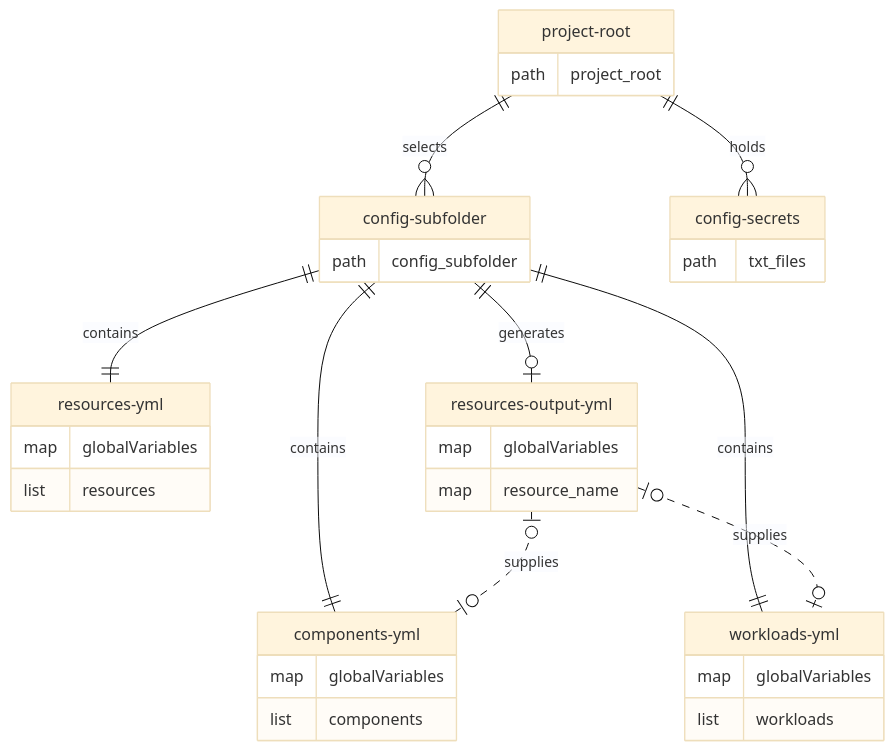
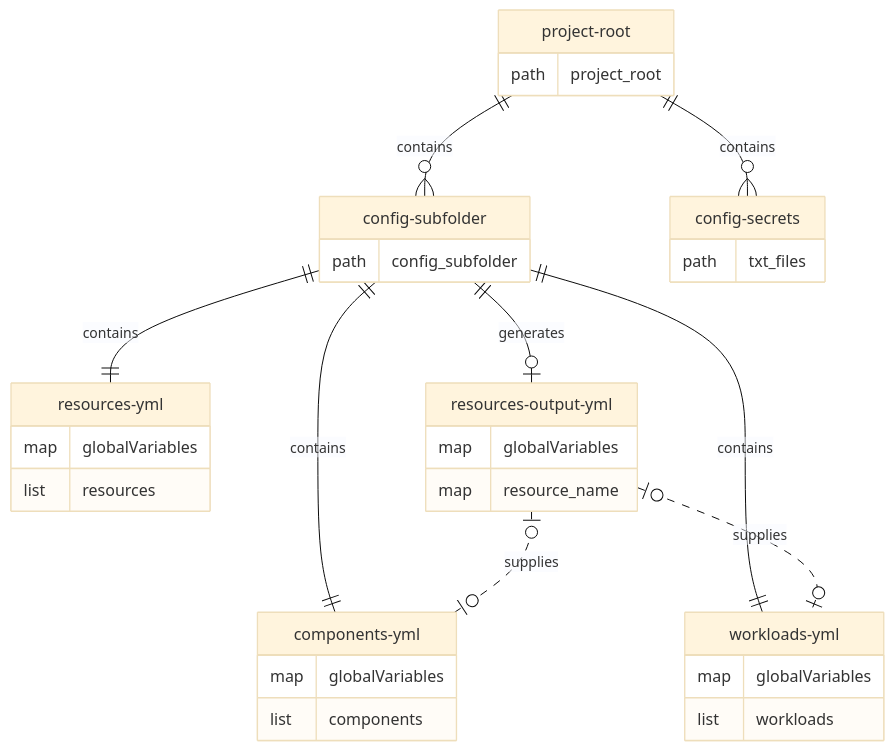
Before and after one commit to alissonsol/yuruna: the first of 3 diagrams in docs/design/05-data-model.md, drawn with Mermaid (base theme). The commit also changed other lines of this file and 1371 other files, not shown here.

````diff
--- a/docs/design/05-data-model.md
+++ b/docs/design/05-data-model.md
@@ -11,37 +11,37 @@
 ```mermaid
 erDiagram
-    project-root ||--o{ config-subfolder : selects
+    project-root ||--o{ config-subfolder : contains
     config-subfolder ||--|| resources-yml : contains
     config-subfolder ||--|| components-yml : contains
     config-subfolder ||--|| workloads-yml : contains
     config-subfolder ||--o| resources-output-yml : generates
-    %% optional: secret folders need not exist.
-    project-root ||--o{ config-secrets : holds
+    %% optional: neither secret directory is required to exist.
+    project-root ||--o{ config-secrets : contains
     resources-output-yml |o..o| components-yml : supplies
     resources-output-yml |o..o| workloads-yml : supplies
     project-root {
         path project_root
     }
     config-subfolder {
         path config_subfolder
     }
     resources-yml {
         map globalVariables
         list resources
     }
     components-yml {
         map globalVariables
         list components
     }
     workloads-yml {
         map globalVariables
         list workloads
     }
     resources-output-yml {
         map globalVariables
         map resource_name
     }
     config-secrets {
         path txt_files
     }
 ```
````
